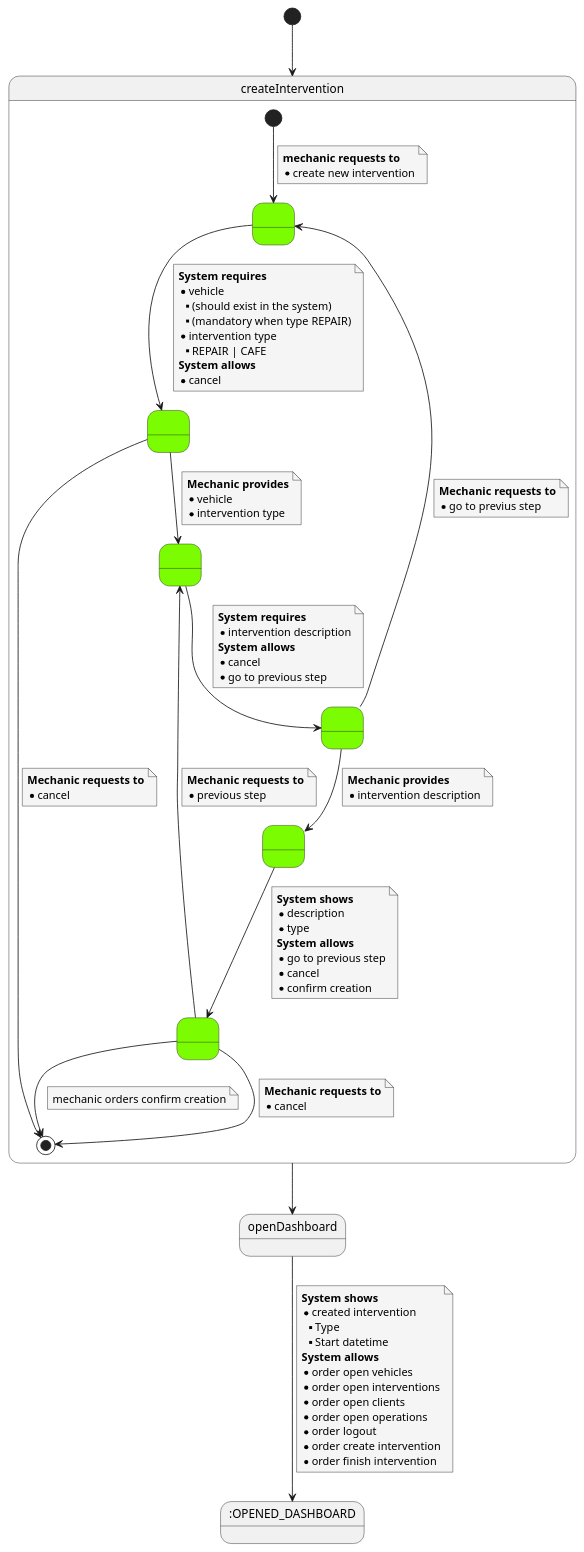
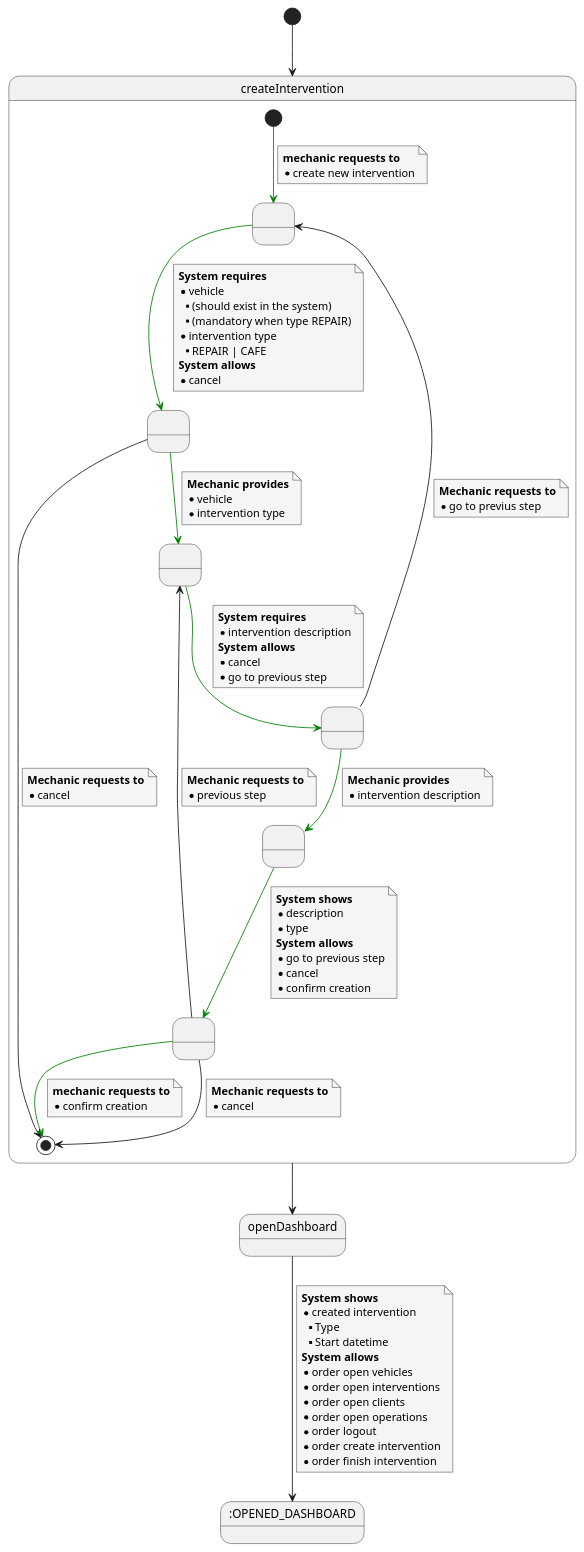
One commit to Ruskab/agrimManager changed the diagram in documentation/1requiremets/usecases_specification/puml/createIntervention.puml. Above: the diagram before and after it, drawn with PlantUML. The commit also changed 3 other files, not shown here.

```diff
--- a/documentation/1requiremets/usecases_specification/puml/createIntervention.puml
+++ b/documentation/1requiremets/usecases_specification/puml/createIntervention.puml
@@ -1,118 +1,119 @@
 @startuml
 skinparam {
     NoteBackgroundColor #whiteSmoke
 }
 
 
 state OPENED_DASHBOARD as ":OPENED_DASHBOARD"
 
 [*] --> createIntervention
 
 state createIntervention {
-state 1 as " " #LawnGreen
-state 2 as " " #LawnGreen
-state 4 as " " #LawnGreen
-state 5 as " " #LawnGreen
-state 6 as " " #LawnGreen
-state 7 as " " #LawnGreen
+state 1 as " "
+state 2 as " "
+state 4 as " "
+state 5 as " "
+state 6 as " "
+state 7 as " "
 
-[*] --> 1
+[*] -[#Green]-> 1
 note on link
     <b>mechanic requests to</b>
     * create new intervention
 end note
 
-1 --> 2
+1 -[#Green]-> 2
 note on link
 <b>System requires</b>
 * vehicle
 ** (should exist in the system)
 ** (mandatory when type REPAIR)
 * intervention type
 ** REPAIR | CAFE
 <b>System allows</b>
 * cancel
 end note
 
 2 --> [*]
 note on link
 <b>Mechanic requests to</b>
 * cancel
 end note
 
-2 --> 4
+2 -[#Green]-> 4
 note on link
 <b>Mechanic provides</b>
 * vehicle
 * intervention type
 end note
 
-4 --> 5
+4 -[#Green]-> 5
 note on link
 <b>System requires</b>
 * intervention description
 <b>System allows</b>
 * cancel
 * go to previous step
 end note
 
 5 --> 1
 note on link
 <b>Mechanic requests to</b>
 * go to previus step
 end note
 
-5 --> 6
+5 -[#Green]-> 6
 note on link
 <b>Mechanic provides</b>
 * intervention description
 end note
 
-6 --> 7
+6 -[#Green]-> 7
 note on link
 <b>System shows</b>
 * description
 * type
 <b>System allows</b>
 * go to previous step
 * cancel
 * confirm creation
 end note
 
 7 --> [*]
 note on link
 <b>Mechanic requests to</b>
 * cancel
 end note
 
 7 --> 4
 note on link
 <b>Mechanic requests to</b>
 * previous step
 end note
 
-7 --> [*]
+7 -[#Green]-> [*]
 note on link
-mechanic orders confirm creation
+<b>mechanic requests to
+* confirm creation
 end note
 
 }
 
 createIntervention --> openDashboard
 
 openDashboard --> OPENED_DASHBOARD
 note on link
     <b>System shows</b>
     * created intervention
     **Type
     **Start datetime
     <b>System allows</b>
     * order open vehicles
     * order open interventions
     * order open clients
     * order open operations
     * order logout
     * order create intervention
     * order finish intervention
 end note
 @enduml
```
